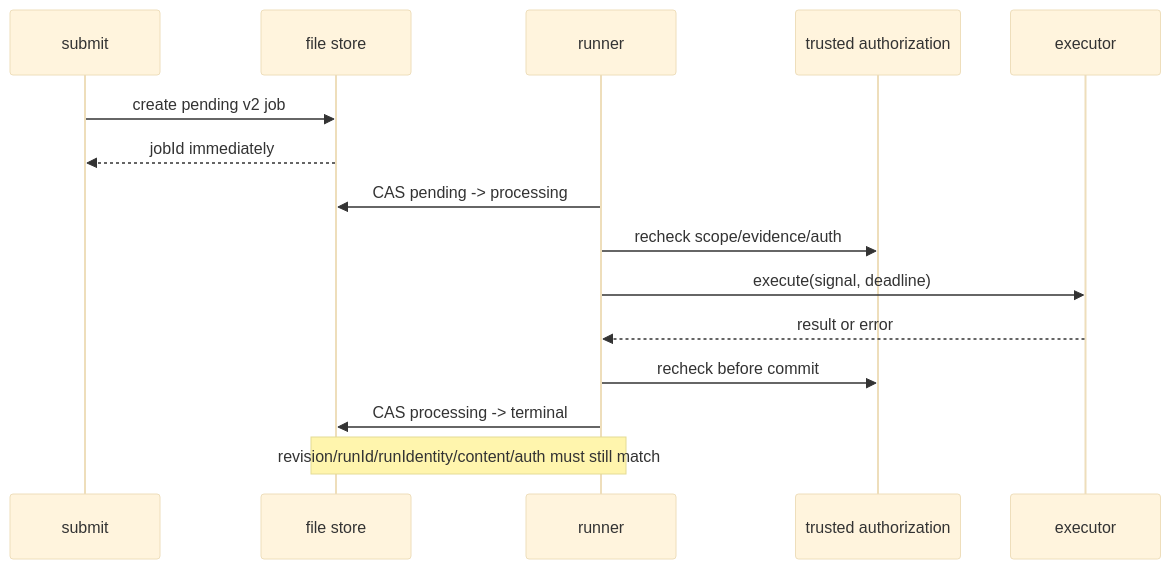
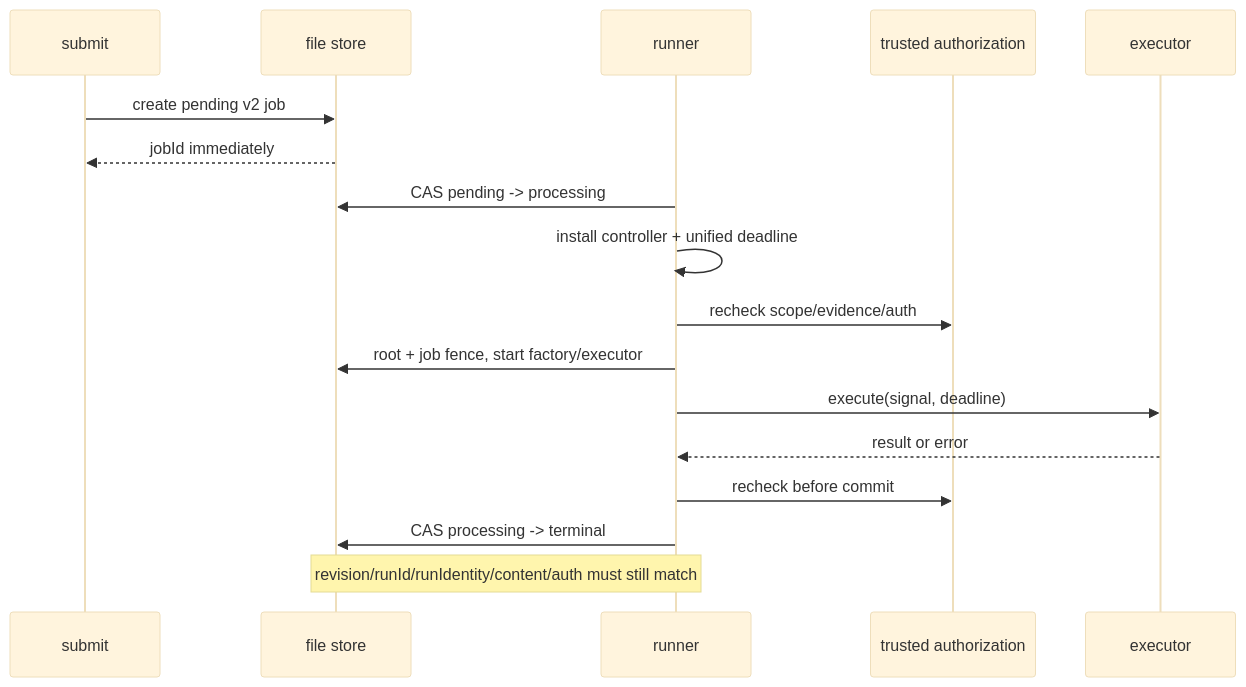
One commit to GOATWEN6/SGX-classification changed the second of 2 diagrams in docs/superpowers/specs/2026-09-30-classification-lab-execution-lifecycle-spec.md. Above: the diagram before and after it, drawn with Mermaid (base theme). The commit also changed other lines of this file and 12 other files, not shown here.

````diff
--- a/docs/superpowers/specs/2026-09-30-classification-lab-execution-lifecycle-spec.md
+++ b/docs/superpowers/specs/2026-09-30-classification-lab-execution-lifecycle-spec.md
@@ -363,18 +409,20 @@
 ```mermaid
 sequenceDiagram
     participant S as submit
     participant Store as file store
     participant R as runner
     participant A as trusted authorization
     participant E as executor
 
     S->>Store: create pending v2 job
     Store-->>S: jobId immediately
     R->>Store: CAS pending -> processing
+    R->>R: install controller + unified deadline
     R->>A: recheck scope/evidence/auth
+    R->>Store: root + job fence, start factory/executor
     R->>E: execute(signal, deadline)
     E-->>R: result or error
     R->>A: recheck before commit
     R->>Store: CAS processing -> terminal
     Note over R,Store: revision/runId/runIdentity/content/auth must still match
 ```
````
